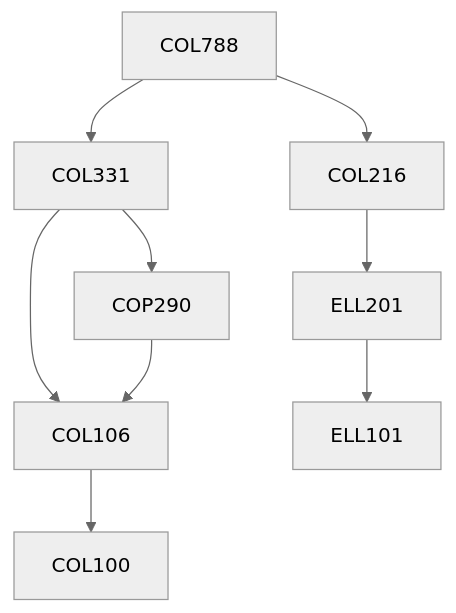
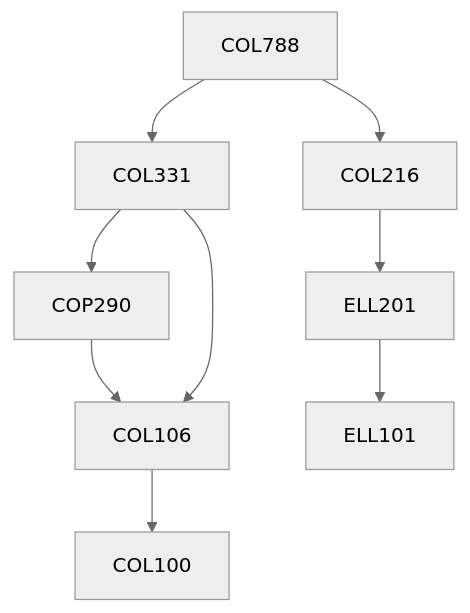
Before and after one commit to KeshavBansal0122/CoS_Website: the diagram in content/Computer Science and Engineering/COL788.md, drawn with Mermaid (neutral theme). The commit also changed other lines of this file and 2662 other files, not shown here.

````diff
--- a/content/Computer Science and Engineering/COL788.md
+++ b/content/Computer Science and Engineering/COL788.md
@@ -15,15 +15,15 @@
 ```mermaid
 flowchart TD
 COL788-231[COL788]
+COL106-231 --> COL100-231[COL100]
+COL788-231 --> COL216-231[COL216]
+ELL201-231 --> ELL101-231[ELL101]
+COL788-231 --> COL331-231[COL331]
+COP290-231 --> COL106-231[COL106]
+COL331-231 --> COP290-231[COP290]
+COL331-231 --> COL106-231[COL106]
 COL216-231 --> ELL201-231[ELL201]
-COL331-231 --> COL106-231[COL106]
-COP290-231 --> COL106-231[COL106]
-ELL201-231 --> ELL101-231[ELL101]
-COL331-231 --> COP290-231[COP290]
-COL106-231 --> COL100-231[COL100]
-COL788-231 --> COL331-231[COL331]
-COL788-231 --> COL216-231[COL216]
 
 classDef empty height:17px, fill:transparent, stroke:transparent;
 classDef trueEmpty height:0px, width:0px;
 ```
````
